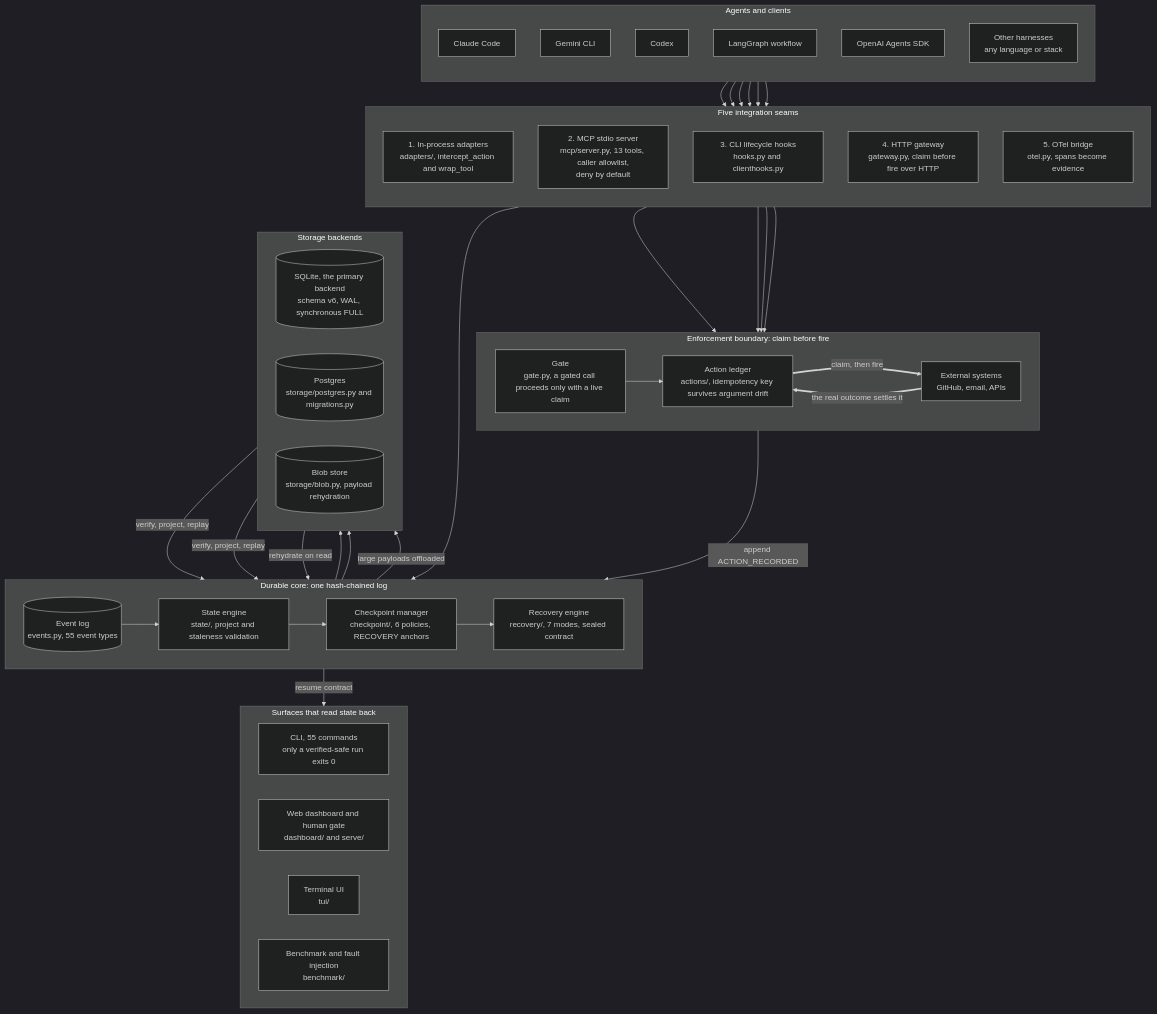
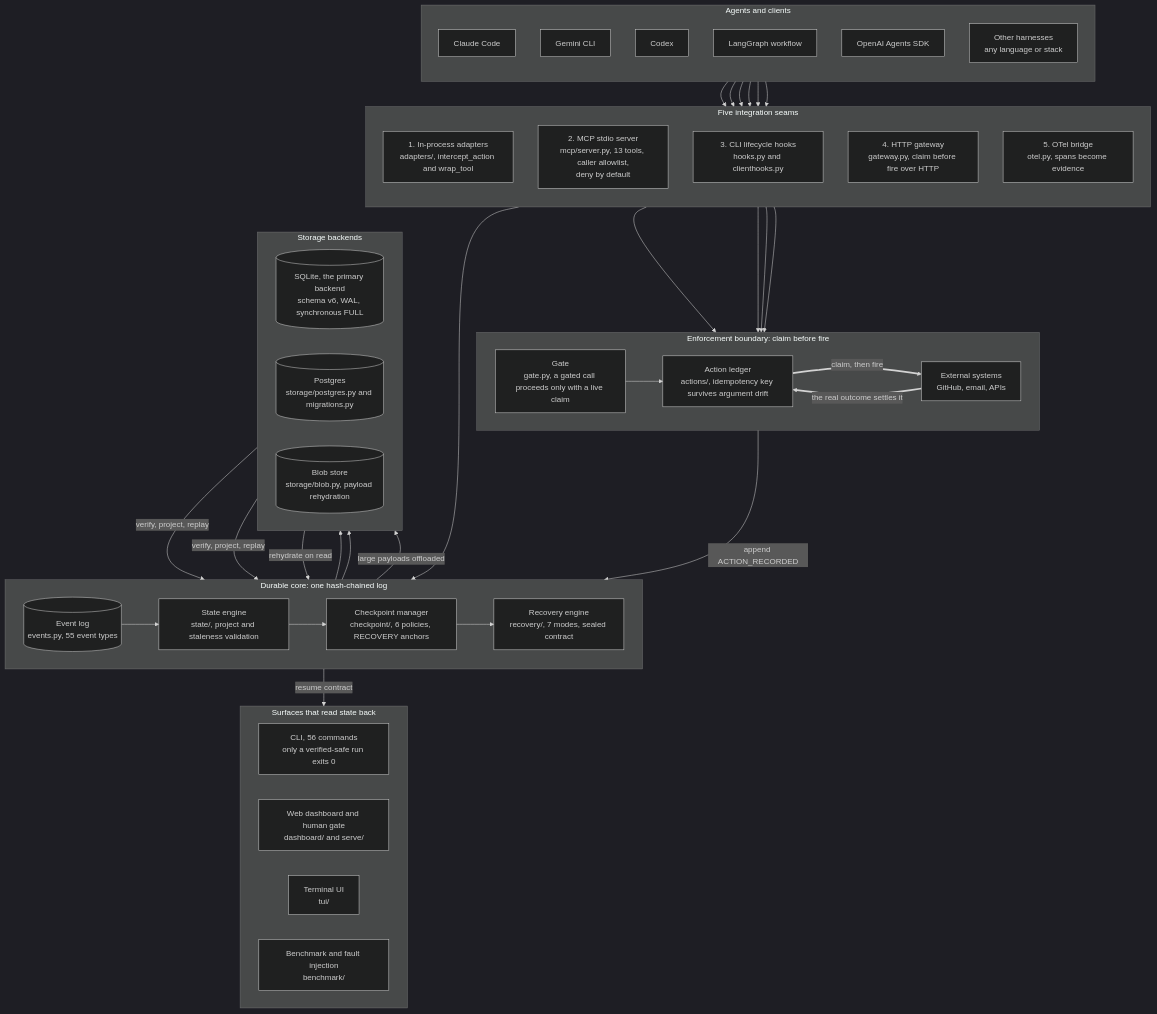
One commit to Cyrax321/CONTINUUM changed the first of 2 diagrams in docs/diagrams/architecture.md. Above: the diagram before and after it, drawn with Mermaid (dark theme). The commit also changed other lines of this file and 7 other files, not shown here.

```diff
--- a/docs/diagrams/architecture.md
+++ b/docs/diagrams/architecture.md
@@ -66,7 +66,7 @@
     %% ---------- surfaces ----------
     subgraph surfaces["Surfaces that read state back"]
         direction LR
-        cli["CLI, 55 commands<br/>only a verified-safe run exits 0"]
+        cli["CLI, 56 commands<br/>only a verified-safe run exits 0"]
         dash["Web dashboard and human gate<br/>dashboard/ and serve/"]
         tui["Terminal UI<br/>tui/"]
         bench["Benchmark and fault injection<br/>benchmark/"]
```
